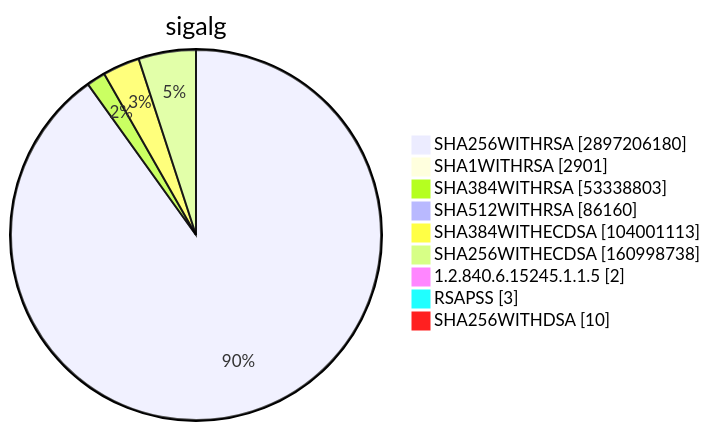
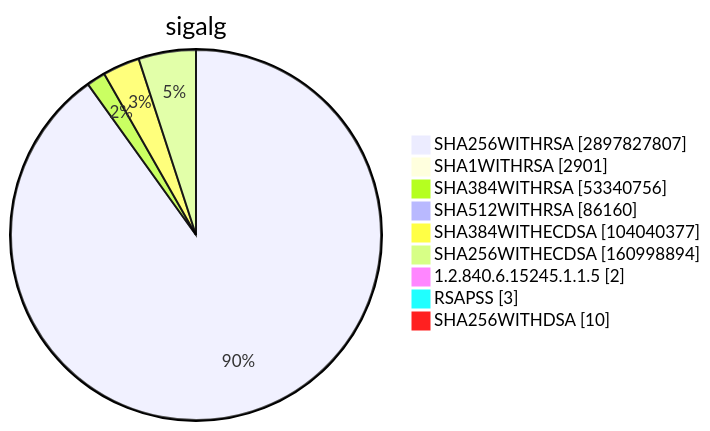
Diagram 15 of 15 in TOTAL/README.md (christiankrug/ctmonitor_visualization), drawn with Mermaid before and after one commit. The commit also changed other lines of this file, not shown here.

````diff
--- a/TOTAL/README.md
+++ b/TOTAL/README.md
@@ -6207,13 +6207,13 @@
 ```mermaid
 pie showData
 title sigalg
-"SHA256WITHRSA" :2897206180
+"SHA256WITHRSA" :2897827807
 "SHA1WITHRSA" :2901
-"SHA384WITHRSA" :53338803
+"SHA384WITHRSA" :53340756
 "SHA512WITHRSA" :86160
-"SHA384WITHECDSA" :104001113
-"SHA256WITHECDSA" :160998738
+"SHA384WITHECDSA" :104040377
+"SHA256WITHECDSA" :160998894
 "1.2.840.6.15245.1.1.5" :2
 "RSAPSS" :3
 "SHA256WITHDSA" :10
 ```
````
